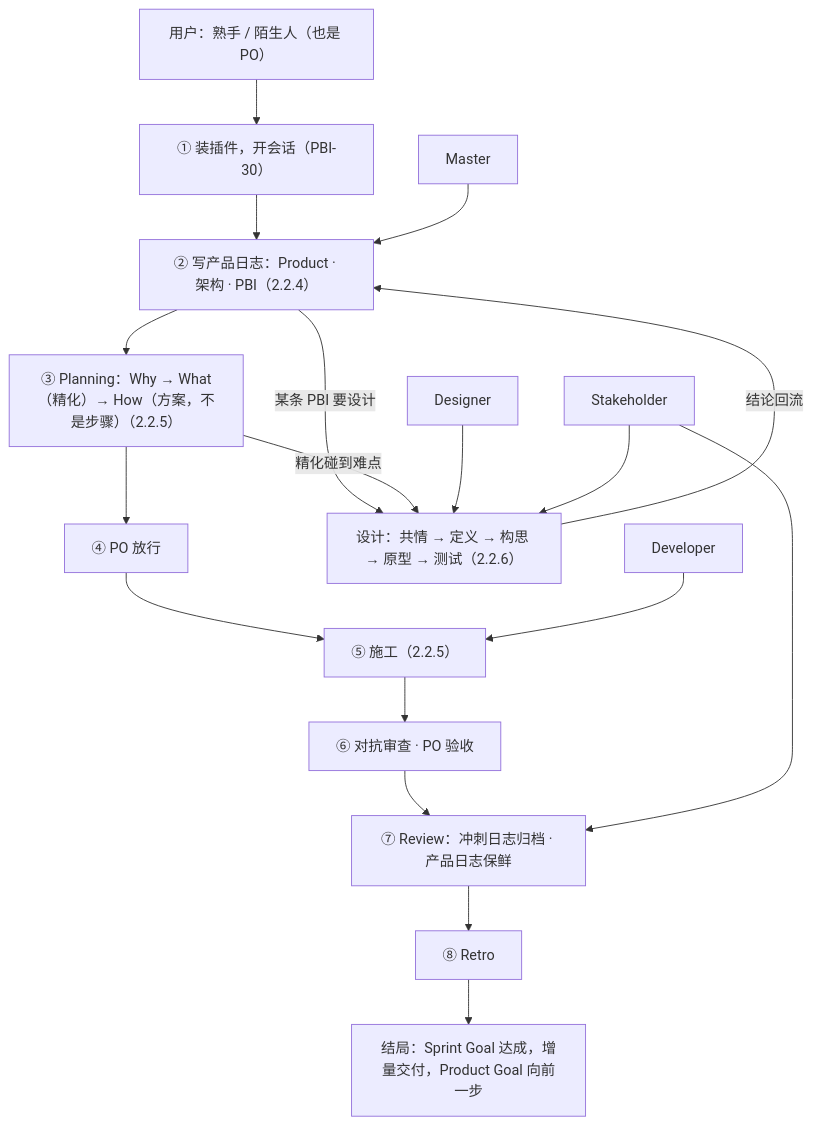
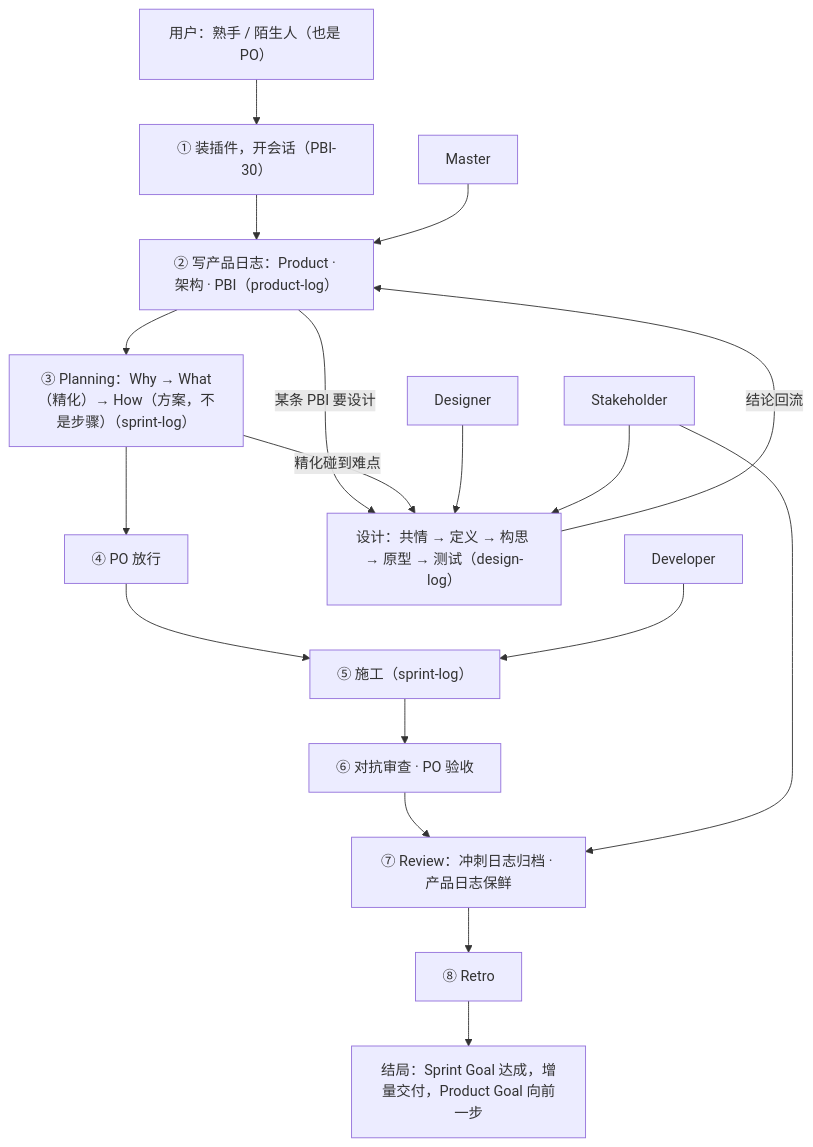
One commit to seapawn1/IDEO-Scrum changed the diagram in scrum/ProductBacklog.md. Above: the diagram before and after it, drawn with Mermaid. The commit also changed other lines of this file and 6 other files, not shown here.

````diff
--- a/scrum/ProductBacklog.md
+++ b/scrum/ProductBacklog.md
@@ -60,25 +58,25 @@
 ```mermaid
 flowchart TD
     U["用户：熟手 / 陌生人（也是 PO）"]
     M["Master"]
     D["Developer"]
     G["Designer"]
     S["Stakeholder"]
     U --> A["① 装插件，开会话（PBI-30）"]
-    A --> B["② 写产品日志：Product · 架构 · PBI（2.2.4）"]
+    A --> B["② 写产品日志：Product · 架构 · PBI（product-log）"]
     M --> B
-    B --> C["③ Planning：Why → What（精化）→ How（方案，不是步骤）（2.2.5）"]
-    B -- "某条 PBI 要设计" --> X["设计：共情 → 定义 → 构思 → 原型 → 测试（2.2.6）"]
+    B --> C["③ Planning：Why → What（精化）→ How（方案，不是步骤）（sprint-log）"]
+    B -- "某条 PBI 要设计" --> X["设计：共情 → 定义 → 构思 → 原型 → 测试（design-log）"]
     C -- "精化碰到难点" --> X
     G --> X
     S --> X
     X -- "结论回流" --> B
     C --> P["④ PO 放行"]
-    P --> W["⑤ 施工（2.2.5）"]
+    P --> W["⑤ 施工（sprint-log）"]
     D --> W
     W --> R["⑥ 对抗审查 · PO 验收"]
     R --> V["⑦ Review：冲刺日志归档 · 产品日志保鲜"]
     S --> V
     V --> T["⑧ Retro"]
     T --> E["结局：Sprint Goal 达成，增量交付，Product Goal 向前一步"]
 ```
````
